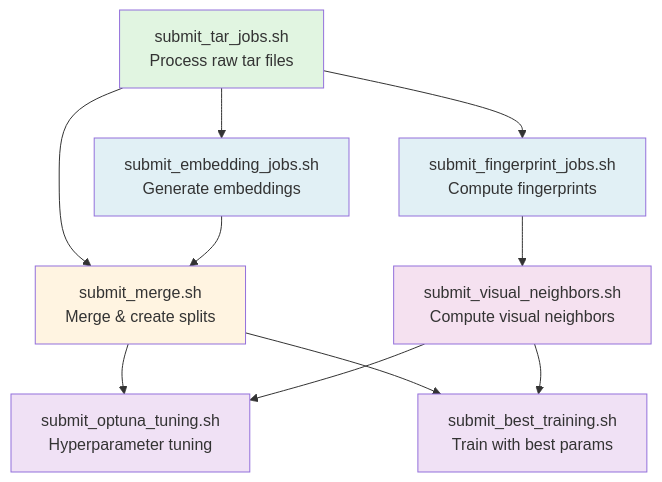
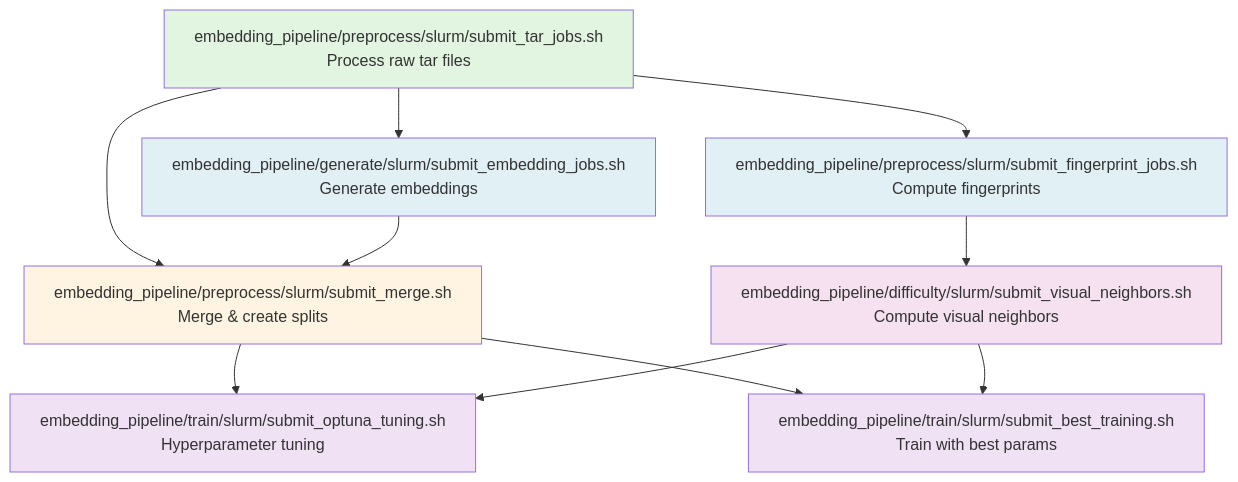
The diagram in README.md (alexwolson/spatial-building-embeddings), drawn with Mermaid before and after one commit. The commit also changed other lines of this file and 45 other files, not shown here.

Commit message:
Reorganize code into embedding_pipeline/ and clustering/ directories with updated paths

````diff
--- a/README.md
+++ b/README.md
@@ -9,35 +31,35 @@
 ```mermaid
 flowchart TD
-    A[submit_tar_jobs.sh<br/>Process raw tar files]
+    A[embedding_pipeline/preprocess/slurm/submit_tar_jobs.sh<br/>Process raw tar files]
     
-    B[submit_fingerprint_jobs.sh<br/>Compute fingerprints]
-    C[submit_embedding_jobs.sh<br/>Generate embeddings]
+    B[embedding_pipeline/preprocess/slurm/submit_fingerprint_jobs.sh<br/>Compute fingerprints]
+    C[embedding_pipeline/generate/slurm/submit_embedding_jobs.sh<br/>Generate embeddings]
     
-    D[submit_merge.sh<br/>Merge & create splits]
+    D[embedding_pipeline/preprocess/slurm/submit_merge.sh<br/>Merge & create splits]
     
-    E[submit_visual_neighbors.sh<br/>Compute visual neighbors]
+    E[embedding_pipeline/difficulty/slurm/submit_visual_neighbors.sh<br/>Compute visual neighbors]
     
-    F[submit_optuna_tuning.sh<br/>Hyperparameter tuning]
-    G[submit_best_training.sh<br/>Train with best params]
+    F[embedding_pipeline/train/slurm/submit_optuna_tuning.sh<br/>Hyperparameter tuning]
+    G[embedding_pipeline/train/slurm/submit_best_training.sh<br/>Train with best params]
     
     A --> B
     A --> C
     A --> D
     C --> D
     
     B --> E
     
     D --> F
     D --> G
     
     E --> F
     E --> G
     
     style A fill:#e1f5e1
     style B fill:#e1f0f5
     style C fill:#e1f0f5
     style D fill:#fff4e1
     style E fill:#f5e1f0
     style F fill:#f0e1f5
     style G fill:#f0e1f5
 ```
````
